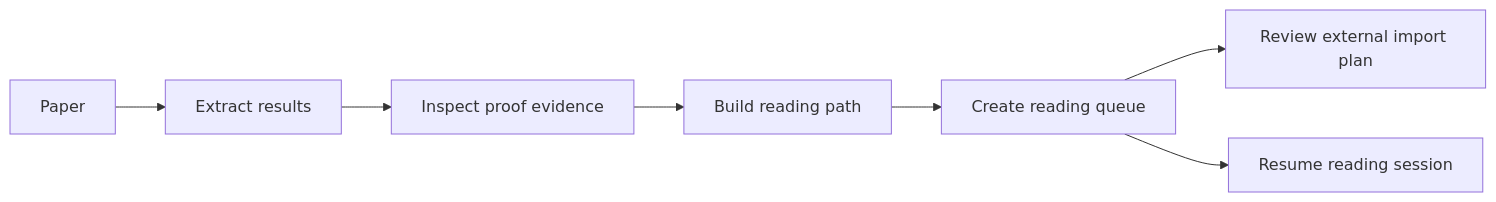
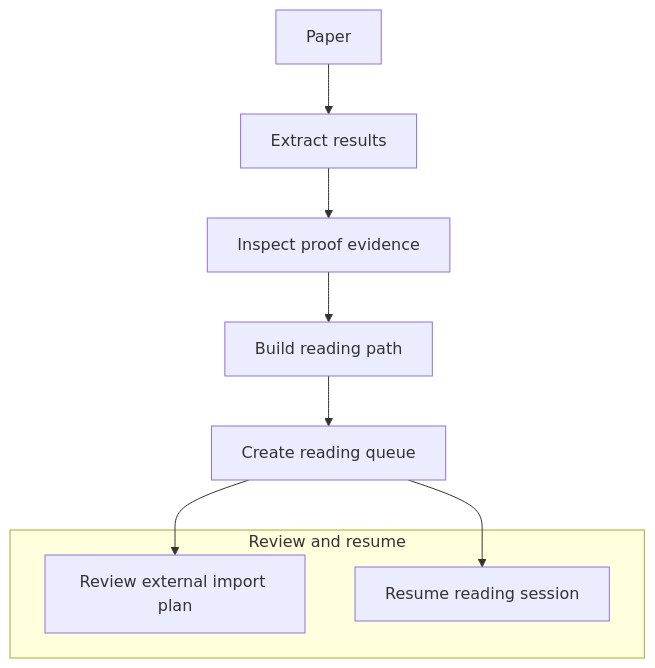
One commit to lotchuazzz-crypto/papergraph-mcp changed the diagram in README.md. Above: the diagram before and after it, drawn with Mermaid. The commit also changed 1 other file, not shown here.

Commit message:
docs: make README reading flow compact

````diff
--- a/README.md
+++ b/README.md
@@ -81,9 +81,18 @@
 ```mermaid
-flowchart LR
-    Paper[Paper] --> Results[Extract results]
-    Results --> Evidence[Inspect proof evidence]
-    Evidence --> Path[Build reading path]
-    Path --> Queue[Create reading queue]
-    Queue --> Imports[Review external import plan]
-    Queue --> Session[Resume reading session]
+flowchart TD
+    Paper[Paper]
+    Results[Extract results]
+    Evidence[Inspect proof evidence]
+    Path[Build reading path]
+    Queue[Create reading queue]
+
+    Paper --> Results --> Evidence --> Path --> Queue
+
+    subgraph Review[Review and resume]
+        Imports[Review external import plan]
+        Session[Resume reading session]
+    end
+
+    Queue --> Imports
+    Queue --> Session
 ```
````
